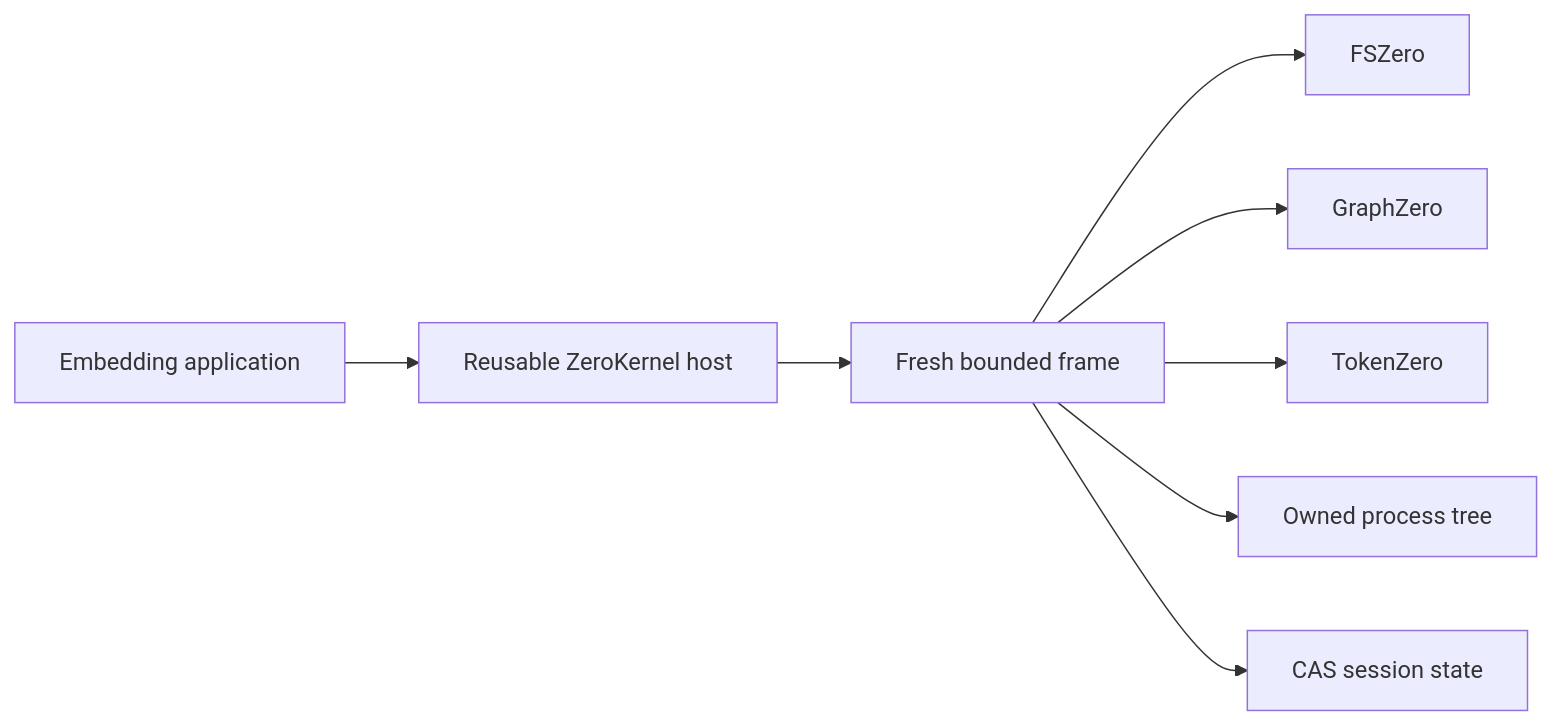
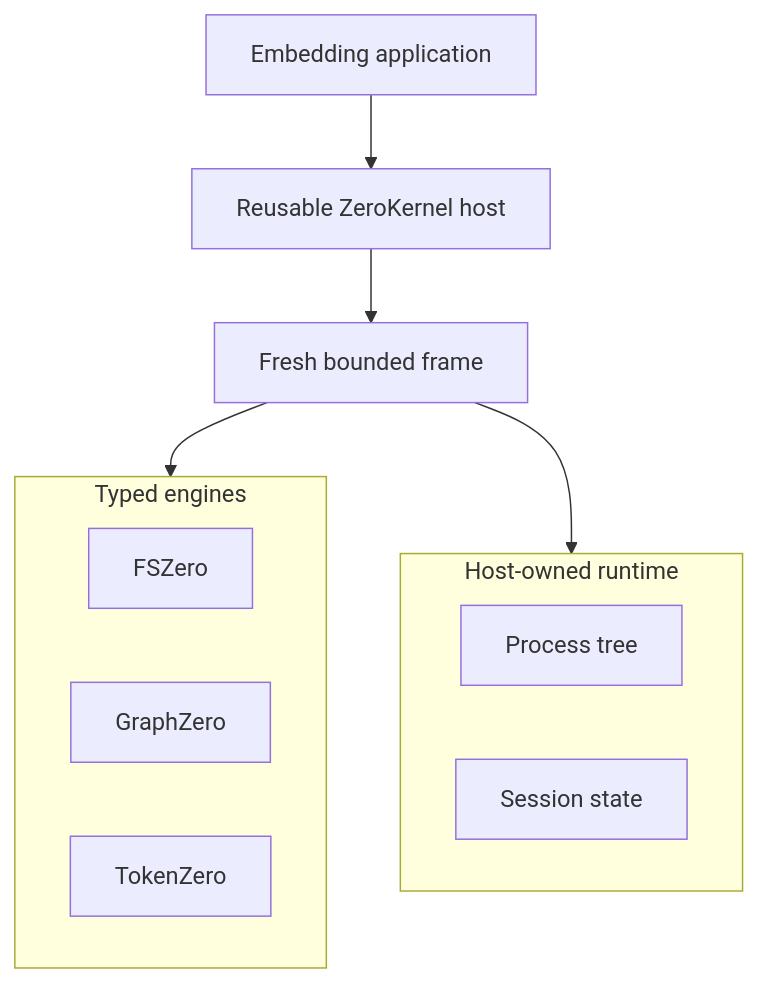
Before and after one commit to AdityaVG13/zerostack: the first of 2 diagrams in README.md, drawn with Mermaid. The commit also changed other lines of this file and 123 other files, not shown here.

First line of the commit message:
feat: close Wave 16 surface and ship ZeroKernel README

````diff
--- a/README.md
+++ b/README.md
@@ -69,10 +40,18 @@
 ```mermaid
-graph LR
-  H[Embedding application] --> K[Reusable ZeroKernel host]
-  K --> F[Fresh bounded frame]
-  F --> FS[FSZero]
-  F --> G[GraphZero]
-  F --> T[TokenZero]
-  F --> P[Owned process tree]
-  F --> S[CAS session state]
+flowchart TB
+  App[Embedding application] --> Host[Reusable ZeroKernel host]
+  Host --> Frame[Fresh bounded frame]
+  subgraph engines [Typed engines]
+    direction LR
+    FS[FSZero]
+    GZ[GraphZero]
+    TZ[TokenZero]
+  end
+  subgraph runtime [Host-owned runtime]
+    direction LR
+    Proc[Process tree]
+    State[Session state]
+  end
+  Frame --> engines
+  Frame --> runtime
 ```
````
